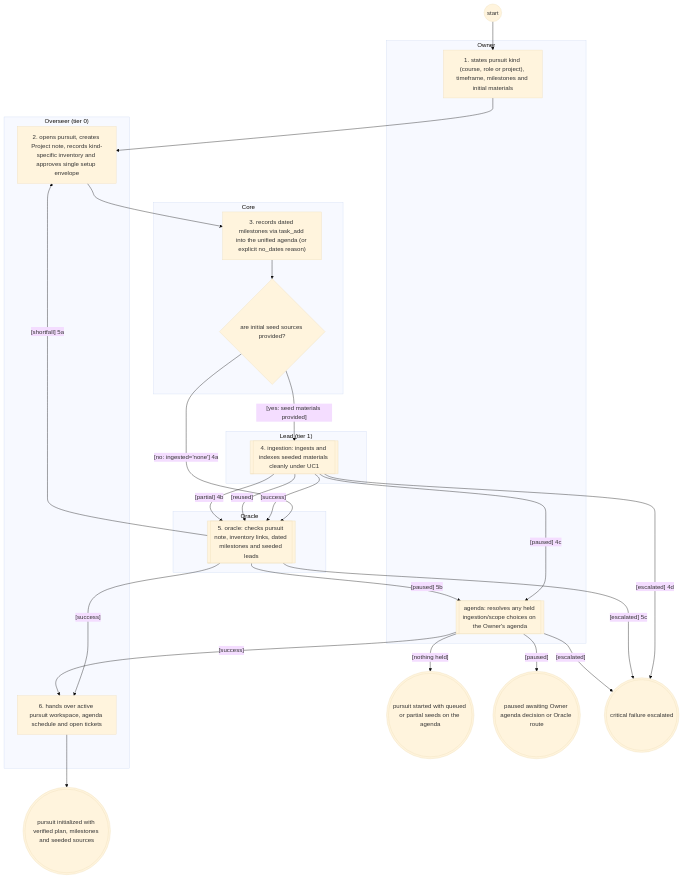
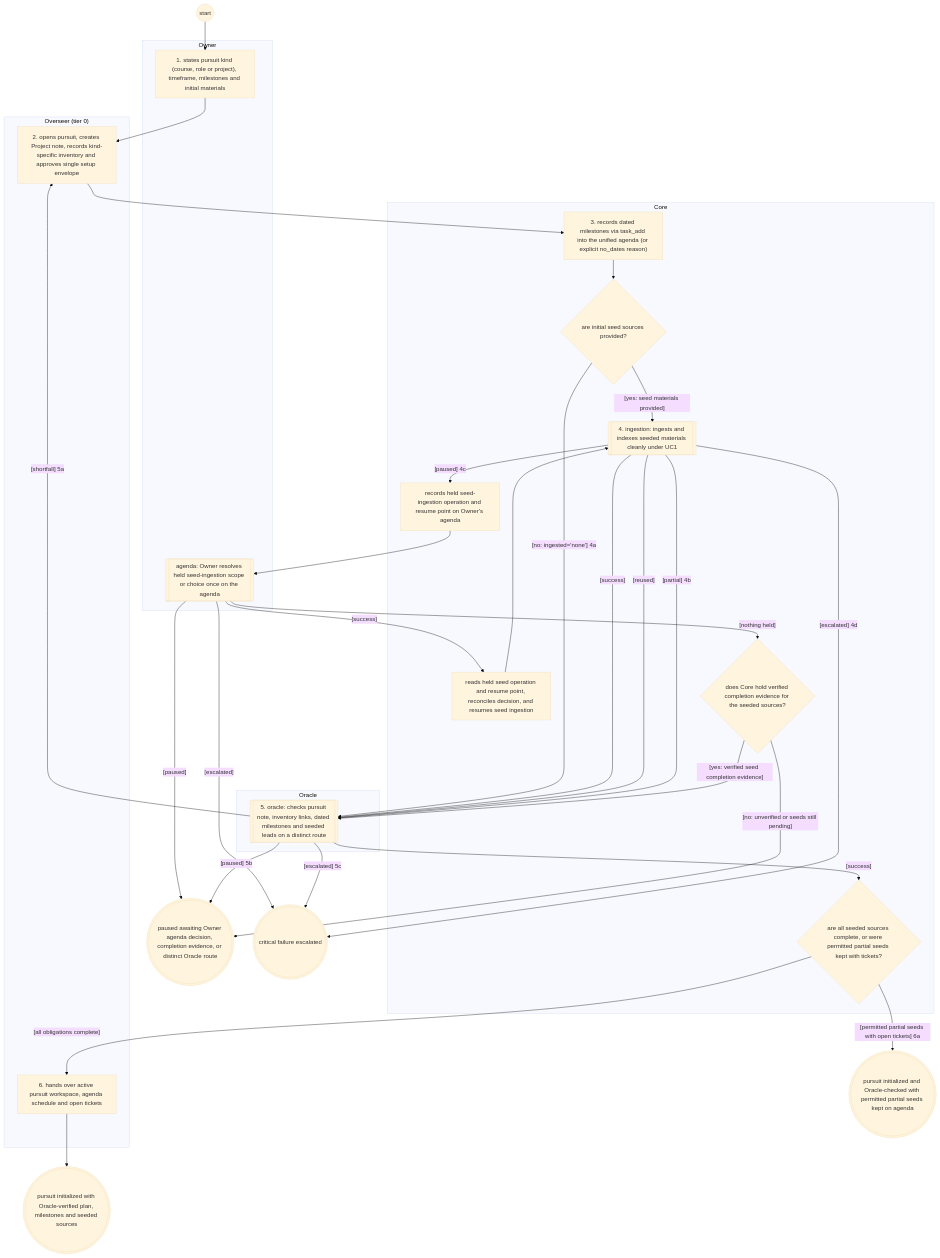
The diagram in reports/2026-11-25-systems-analysis-finalisation/librarian/to-be/views/start-pursuit.views.md (Jake36999/Librarian_V2), drawn with Mermaid (base theme) before and after one commit. The commit also changed other lines of this file and 35 other files, not shown here.

Commit message:
docs(brief5,brief2): fix UC10-UC16 Oracle/resume semantics and qualify repo adoption

````diff
--- a/reports/2026-11-25-systems-analysis-finalisation/librarian/to-be/views/start-pursuit.views.md
+++ b/reports/2026-11-25-systems-analysis-finalisation/librarian/to-be/views/start-pursuit.views.md
@@ -71,47 +71,55 @@
 ```mermaid
 flowchart TD
   subgraph Owner["Owner"]
     commission["1. states pursuit kind (course, role or project), timeframe, milestones and initial materials"]
-    ref_agenda[["agenda: resolves any held ingestion/scope choices on the Owner's agenda"]]
+    ref_agenda[["agenda: Owner resolves held seed-ingestion scope or choice once on the agenda"]]
   end
   subgraph Overseer_tier_0_["Overseer (tier 0)"]
     frame["2. opens pursuit, creates Project note, records kind-specific inventory and approves single setup envelope"]
     deliver["6. hands over active pursuit workspace, agenda schedule and open tickets"]
   end
-  subgraph Lead_tier_1_["Lead (tier 1)"]
-    ref_ingest[["4. ingestion: ingests and indexes seeded materials cleanly under UC1"]]
-  end
   subgraph Oracle["Oracle"]
-    ref_oracle[["5. oracle: checks pursuit note, inventory links, dated milestones and seeded leads"]]
+    ref_oracle[["5. oracle: checks pursuit note, inventory links, dated milestones and seeded leads on a distinct route"]]
   end
   subgraph Core["Core"]
     milestones["3. records dated milestones via task_add into the unified agenda (or explicit no_dates reason)"]
     dseed{"are initial seed sources provided?"}
+    ref_ingest[["4. ingestion: ingests and indexes seeded materials cleanly under UC1"]]
+    hold_seed["records held seed-ingestion operation and resume point on Owner's agenda"]
+    resume_seed["reads held seed operation and resume point, reconciles decision, and resumes seed ingestion"]
+    devidence{"does Core hold verified completion evidence for the seeded sources?"}
+    dfinal{"are all seeded sources complete, or were permitted partial seeds kept with tickets?"}
   end
   s(("start"))
-  e1((("pursuit initialized with verified plan, milestones and seeded sources")))
-  e_partial((("pursuit started with queued or partial seeds on the agenda")))
-  e_paused((("paused awaiting Owner agenda decision or Oracle route")))
+  e1((("pursuit initialized with Oracle-verified plan, milestones and seeded sources")))
+  e_partial((("pursuit initialized and Oracle-checked with permitted partial seeds kept on agenda")))
+  e_paused((("paused awaiting Owner agenda decision, completion evidence, or distinct Oracle route")))
   e_escalated((("critical failure escalated")))
   s --> commission
   commission --> frame
   frame --> milestones
   milestones --> dseed
   dseed -->|"[yes: seed materials provided]"| ref_ingest
   dseed -->|"[no: ingested='none'] 4a"| ref_oracle
   ref_ingest -->|"[success]"| ref_oracle
   ref_ingest -->|"[reused]"| ref_oracle
   ref_ingest -->|"[partial] 4b"| ref_oracle
-  ref_ingest -->|"[paused] 4c"| ref_agenda
-  ref_ingest -->|"[escalated] 4d"| e_escalated
-  ref_oracle -->|"[success]"| deliver
-  ref_oracle -->|"[shortfall] 5a"| frame
-  ref_oracle -->|"[paused] 5b"| ref_agenda
-  ref_oracle -->|"[escalated] 5c"| e_escalated
-  ref_agenda -->|"[success]"| deliver
-  ref_agenda -->|"[nothing held]"| e_partial
+  ref_ingest -->|"[paused] 4c"| hold_seed
+  hold_seed --> ref_agenda
+  ref_agenda -->|"[success]"| resume_seed
+  resume_seed --> ref_ingest
+  ref_agenda -->|"[nothing held]"| devidence
+  devidence -->|"[yes: verified seed completion evidence]"| ref_oracle
+  devidence -->|"[no: unverified or seeds still pending]"| e_paused
   ref_agenda -->|"[paused]"| e_paused
   ref_agenda -->|"[escalated]"| e_escalated
+  ref_ingest -->|"[escalated] 4d"| e_escalated
+  ref_oracle -->|"[success]"| dfinal
+  ref_oracle -->|"[shortfall] 5a"| frame
+  ref_oracle -->|"[paused] 5b"| e_paused
+  ref_oracle -->|"[escalated] 5c"| e_escalated
+  dfinal -->|"[all obligations complete]"| deliver
+  dfinal -->|"[permitted partial seeds with open tickets] 6a"| e_partial
   deliver --> e1
   classDef ext stroke:#d9534f,stroke-width:2px
 ```
````
